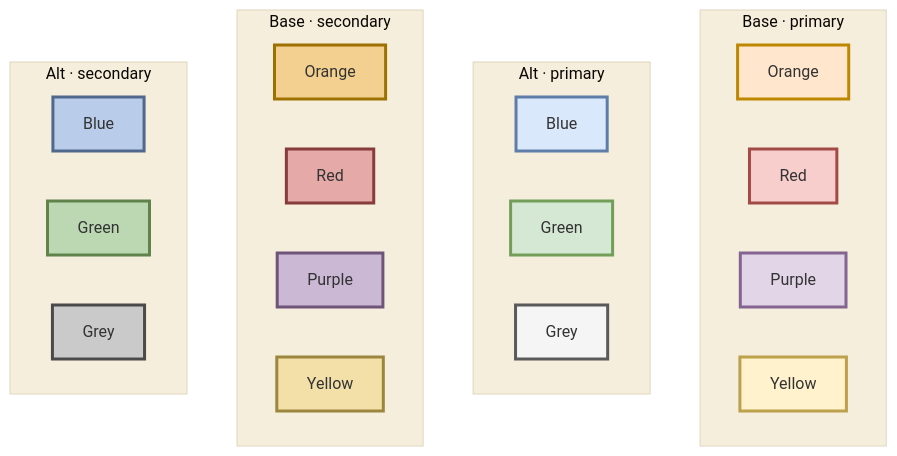
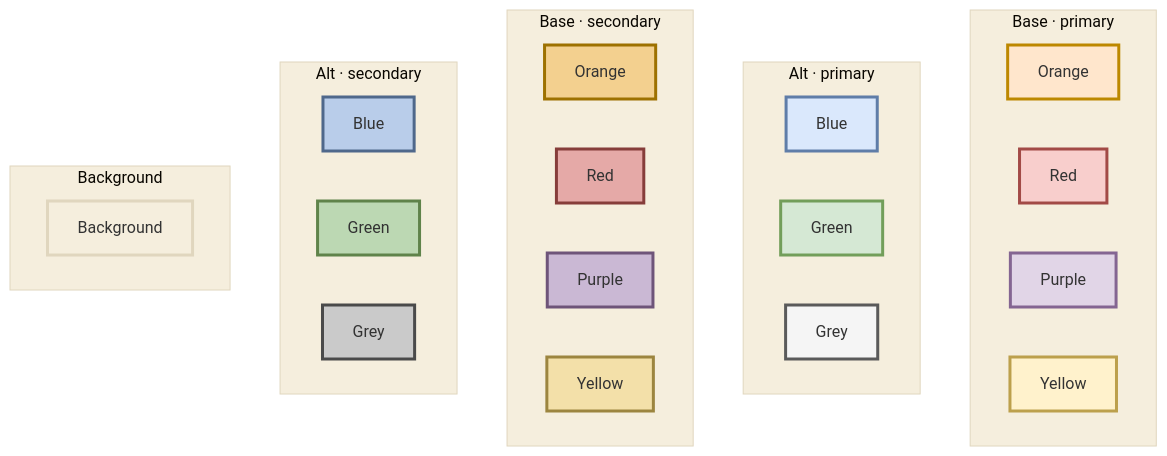
One commit to Mjvolk3/torchcell changed the diagram in notes/torchcell.models.equivariant_cell_graph_transformer.mermaid.colors.md. Above: the diagram before and after it, drawn with Mermaid. The commit also changed other lines of this file and 10 other files, not shown here.

First line of the commit message:
Paper: Fig 1 CGT mermaid with KaTeX math, multi-line boxes, render script

````diff
--- a/notes/torchcell.models.equivariant_cell_graph_transformer.mermaid.colors.md
+++ b/notes/torchcell.models.equivariant_cell_graph_transformer.mermaid.colors.md
@@ -42,44 +51,49 @@
 ```mermaid
 %%{init: {'theme':'base','themeVariables':{'background':'#F5EEDD','clusterBkg':'#F5EEDD','clusterBorder':'#E0D6BE','lineColor':'#B7AC93'}}}%%
 graph TB
   subgraph BaseP["Base · primary"]
     direction LR
     O1["Orange"]:::o1
     R1["Red"]:::r1
     P1["Purple"]:::p1
     Y1["Yellow"]:::y1
   end
   subgraph AltP["Alt · primary"]
     direction LR
     B1["Blue"]:::b1
     G1["Green"]:::g1
     Gr1["Grey"]:::gr1
   end
   subgraph BaseS["Base · secondary"]
     direction LR
     O2["Orange"]:::o2
     R2["Red"]:::r2
     P2["Purple"]:::p2
     Y2["Yellow"]:::y2
   end
   subgraph AltS["Alt · secondary"]
     direction LR
     B2["Blue"]:::b2
     G2["Green"]:::g2
     Gr2["Grey"]:::gr2
   end
+  subgraph BG["Background"]
+    direction LR
+    BGc["Background"]:::bg
+  end
+  classDef bg fill:#F5EEDD,stroke:#E0D6BE,stroke-width:3px
   classDef o1 fill:#FFE6CC,stroke:#BD8800,stroke-width:3px
   classDef r1 fill:#F8CECC,stroke:#A24A46,stroke-width:3px
   classDef p1 fill:#E1D5E7,stroke:#846592,stroke-width:3px
   classDef y1 fill:#FFF2CC,stroke:#BCA04C,stroke-width:3px
   classDef b1 fill:#DAE8FC,stroke:#5F7DA8,stroke-width:3px
   classDef g1 fill:#D5E8D4,stroke:#729E5A,stroke-width:3px
   classDef gr1 fill:#F5F5F5,stroke:#5A5A5A,stroke-width:3px
   classDef o2 fill:#F3D08F,stroke:#9D7100,stroke-width:3px
   classDef r2 fill:#E5A9A7,stroke:#863D3A,stroke-width:3px
   classDef p2 fill:#CAB8D4,stroke:#6E5479,stroke-width:3px
   classDef y2 fill:#F3E0A9,stroke:#9C853F,stroke-width:3px
   classDef b2 fill:#B9CDEA,stroke:#4F688B,stroke-width:3px
   classDef g2 fill:#BCD8B3,stroke:#5F834A,stroke-width:3px
   classDef gr2 fill:#CACACA,stroke:#4A4A4A,stroke-width:3px
 ```
````
